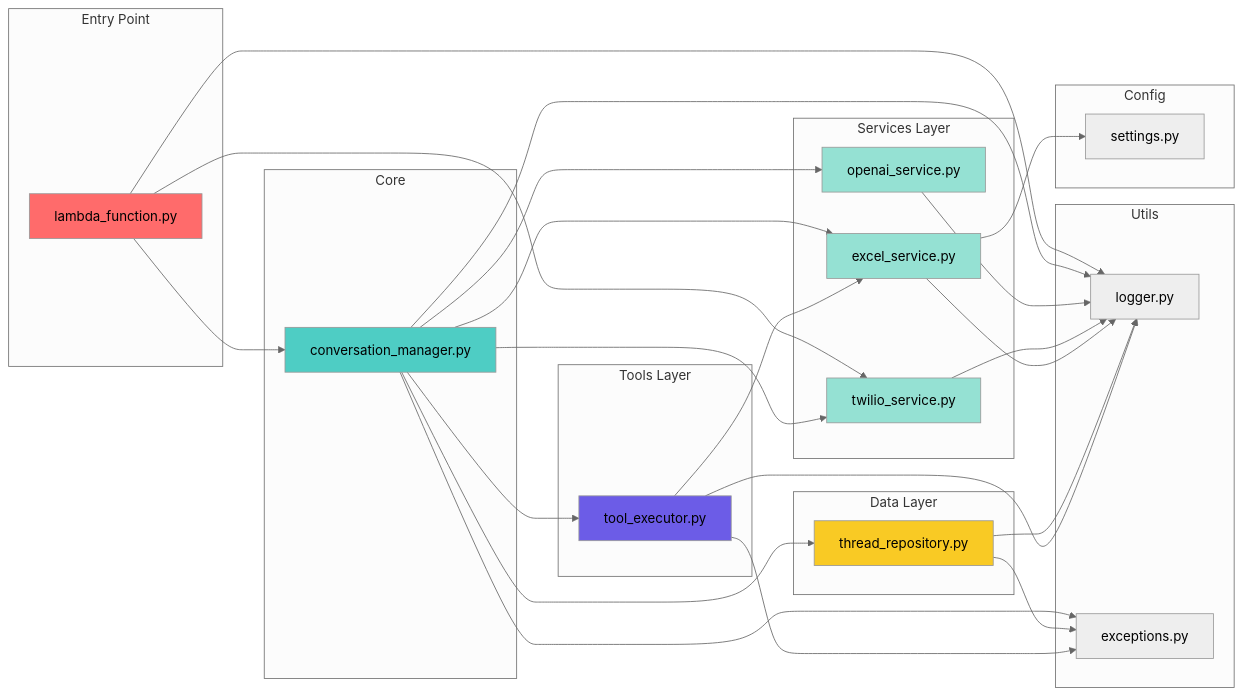
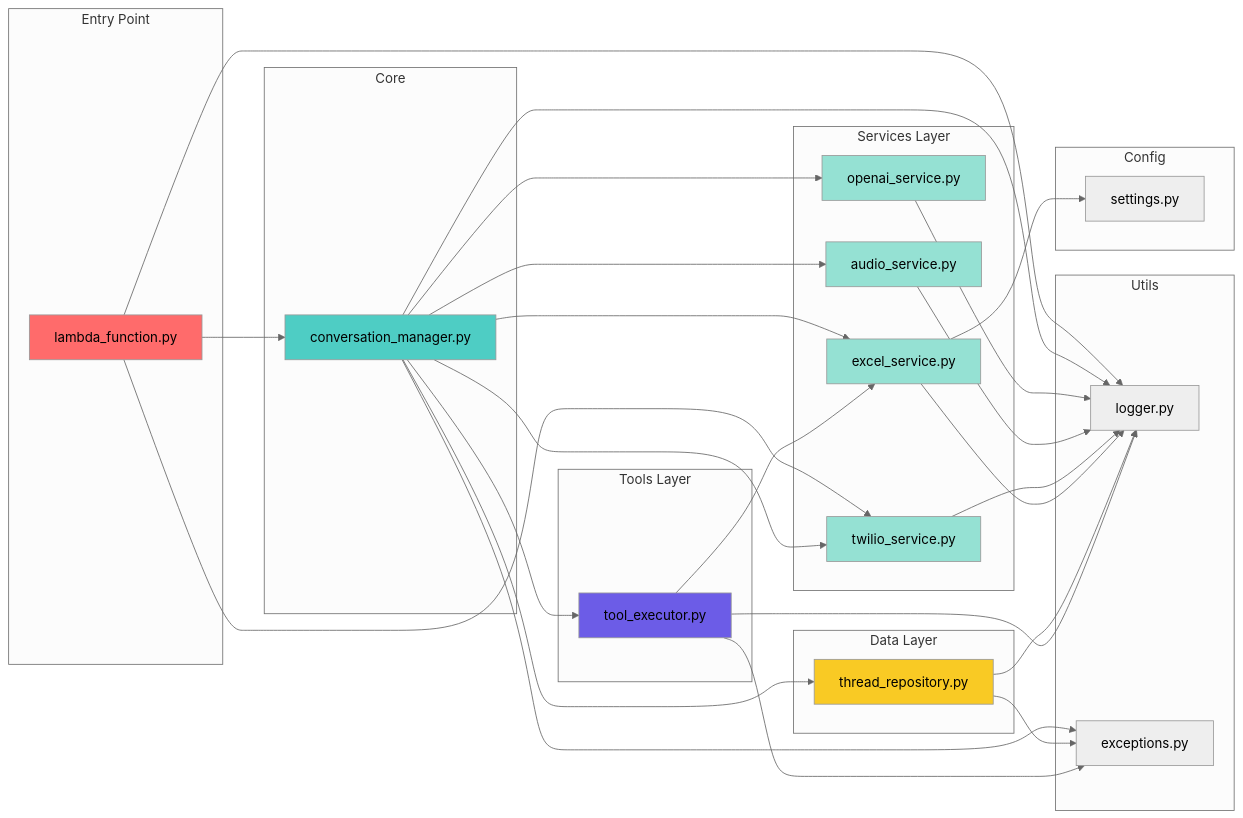
The fifth of 15 diagrams in docs/DIAGRAMAS.md (andremizuno/finassist), drawn with Mermaid (neutral theme) before and after one commit. The commit also changed other lines of this file, not shown here.

First line of the commit message:
docs: atualizar diagramas para refletir suporte a áudio

````diff
--- a/docs/DIAGRAMAS.md
+++ b/docs/DIAGRAMAS.md
@@ -194,65 +271,69 @@
 ```mermaid
 graph LR
     subgraph "Entry Point"
         A[lambda_function.py]
     end
 
     subgraph "Core"
         B[conversation_manager.py]
     end
 
     subgraph "Services Layer"
         C1[openai_service.py]
-        C2[twilio_service.py]
-        C3[excel_service.py]
+        C2[audio_service.py]
+        C3[twilio_service.py]
+        C4[excel_service.py]
     end
 
     subgraph "Data Layer"
         D[thread_repository.py]
     end
 
     subgraph "Tools Layer"
         E[tool_executor.py]
     end
 
     subgraph "Utils"
         F1[logger.py]
         F2[exceptions.py]
     end
 
     subgraph "Config"
         G[settings.py]
     end
 
     A --> B
-    A --> C2
+    A --> C3
     A --> F1
 
     B --> C1
     B --> C2
     B --> C3
+    B --> C4
     B --> D
     B --> E
     B --> F1
     B --> F2
 
     C1 --> F1
     C2 --> F1
     C3 --> F1
-    C3 --> G
+    C4 --> F1
+    C4 --> G
 
     D --> F1
     D --> F2
 
-    E --> C3
+    E --> C4
     E --> F1
     E --> F2
 
     style A fill:#ff6b6b
     style B fill:#4ecdc4
     style C1 fill:#95e1d3
     style C2 fill:#95e1d3
     style C3 fill:#95e1d3
+    style C4 fill:#95e1d3
     style D fill:#f9ca24
     style E fill:#6c5ce7
 ```
````
